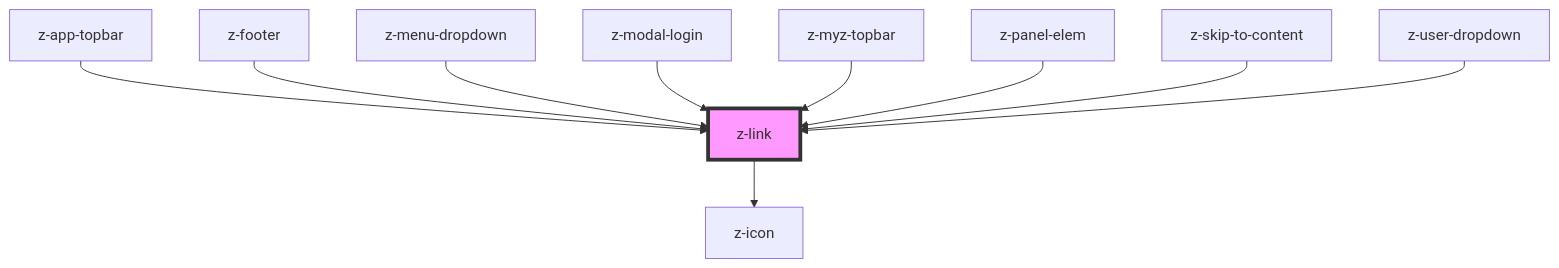
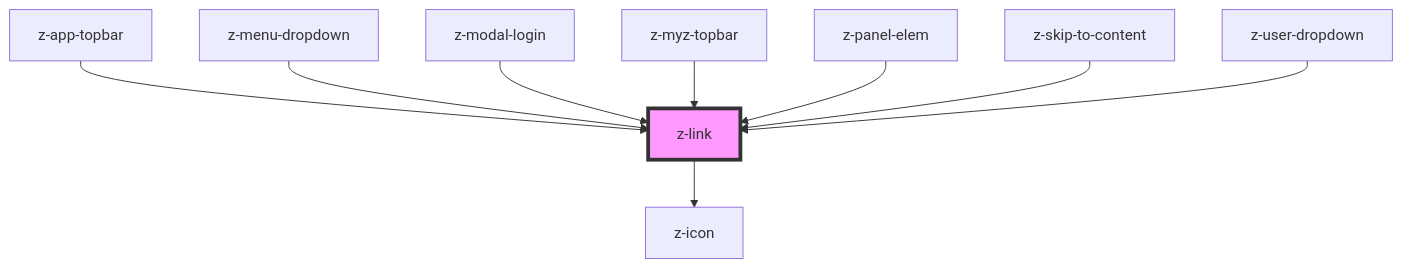
The diagram in src/components/navigation/z-link/readme.md (ZanichelliEditore/design-system), drawn with Mermaid before and after one commit. The commit also changed other lines of this file and 17 other files, not shown here.

````diff
--- a/src/components/navigation/z-link/readme.md
+++ b/src/components/navigation/z-link/readme.md
@@ -66,13 +65,12 @@
 ```mermaid
 graph TD;
   z-link --> z-icon
   z-app-topbar --> z-link
-  z-footer --> z-link
   z-menu-dropdown --> z-link
   z-modal-login --> z-link
   z-myz-topbar --> z-link
   z-panel-elem --> z-link
   z-skip-to-content --> z-link
   z-user-dropdown --> z-link
   style z-link fill:#f9f,stroke:#333,stroke-width:4px
 ```
````
